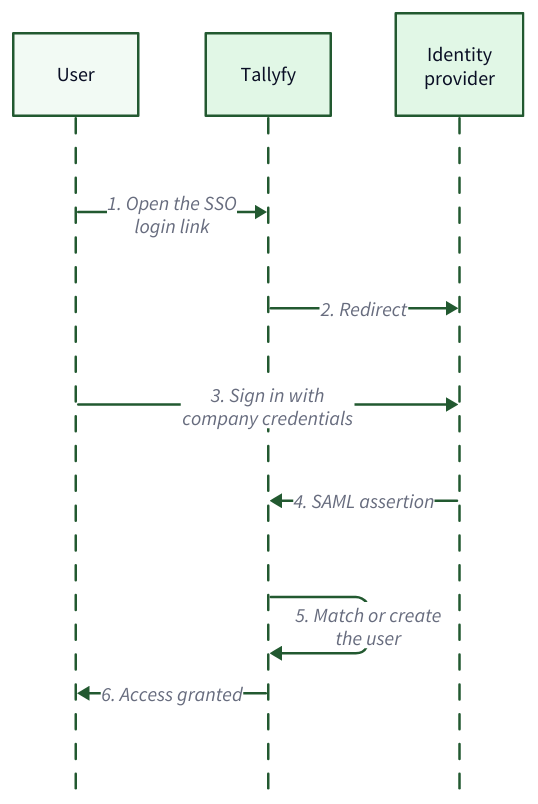
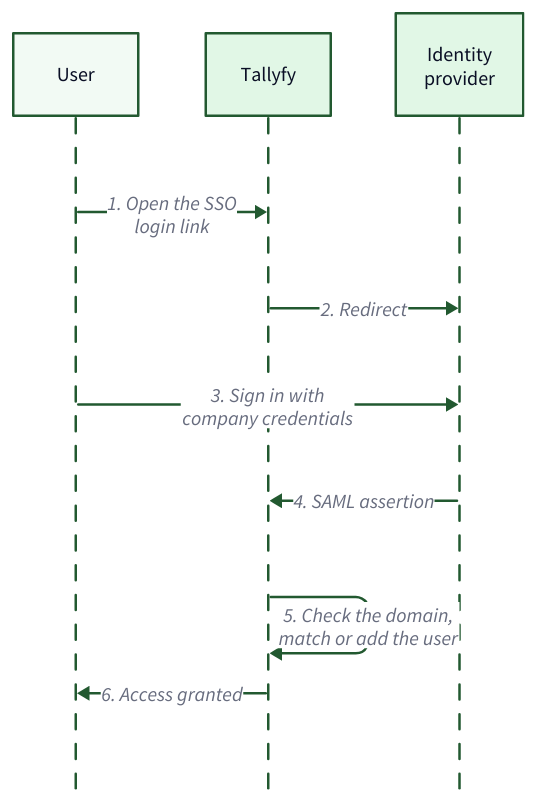
One commit to tallyfy/documentation changed the diagram in src/content/docs/pro/integrations/authentication/index.mdx. Above: the diagram before and after it, drawn with D2. The commit also changed other lines of this file and 11 other files, not shown here.

````diff
--- a/src/content/docs/pro/integrations/authentication/index.mdx
+++ b/src/content/docs/pro/integrations/authentication/index.mdx
@@ -135,36 +139,36 @@
 ```d2
 # What happens when someone logs in with SSO
 shape: sequence_diagram
 
 User: "User" {
   style.fill: "#f2faf4"
   style.stroke: "#225930"
 }
 Tallyfy: "Tallyfy" {
   style.fill: "#e1f7e6"
   style.stroke: "#225930"
 }
 IdP: "Identity\nprovider" {
   style.fill: "#e1f7e6"
   style.stroke: "#225930"
 }
 
 User -> Tallyfy: "1. Open the SSO\nlogin link" {
   style.stroke: "#225930"
 }
 Tallyfy -> IdP: "2. Redirect" {
   style.stroke: "#225930"
 }
 User -> IdP: "3. Sign in with\ncompany credentials" {
   style.stroke: "#225930"
 }
 IdP -> Tallyfy: "4. SAML assertion" {
   style.stroke: "#225930"
 }
-Tallyfy -> Tallyfy: "5. Match or create\nthe user" {
+Tallyfy -> Tallyfy: "5. Check the domain,\nmatch or add the user" {
   style.stroke: "#225930"
 }
 Tallyfy -> User: "6. Access granted" {
   style.stroke: "#225930"
 }
 ```
````
